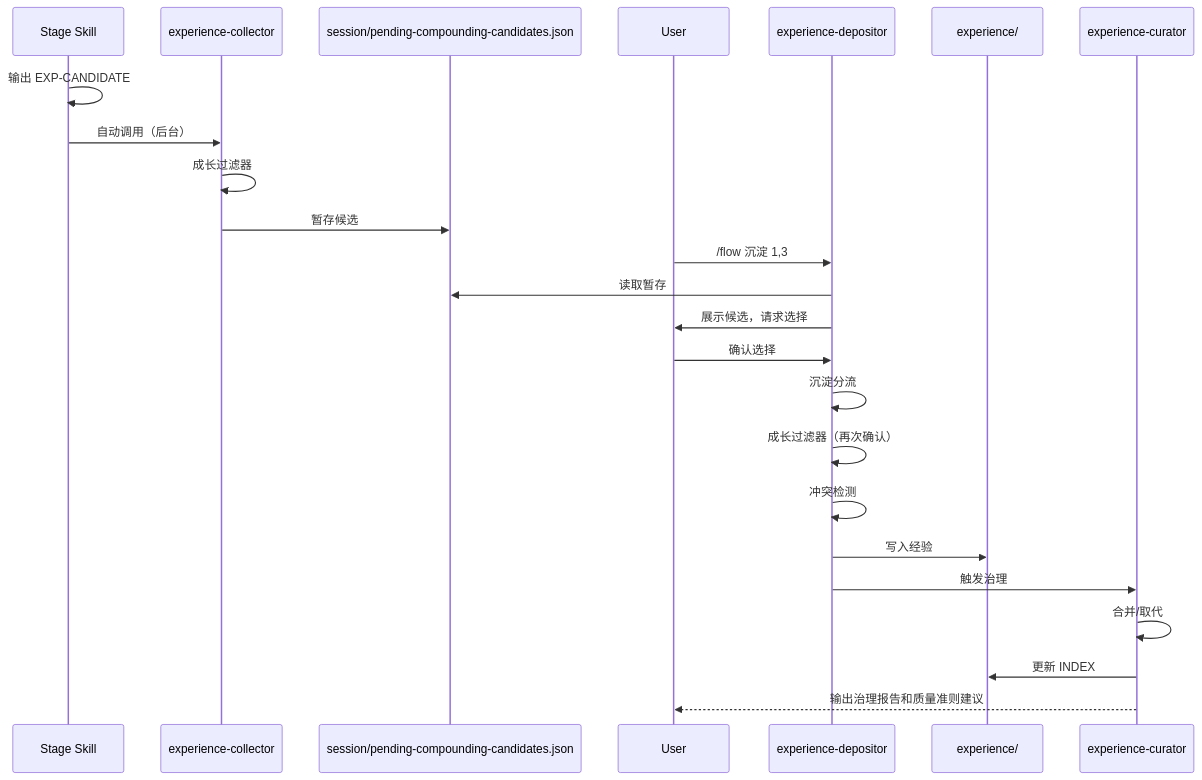
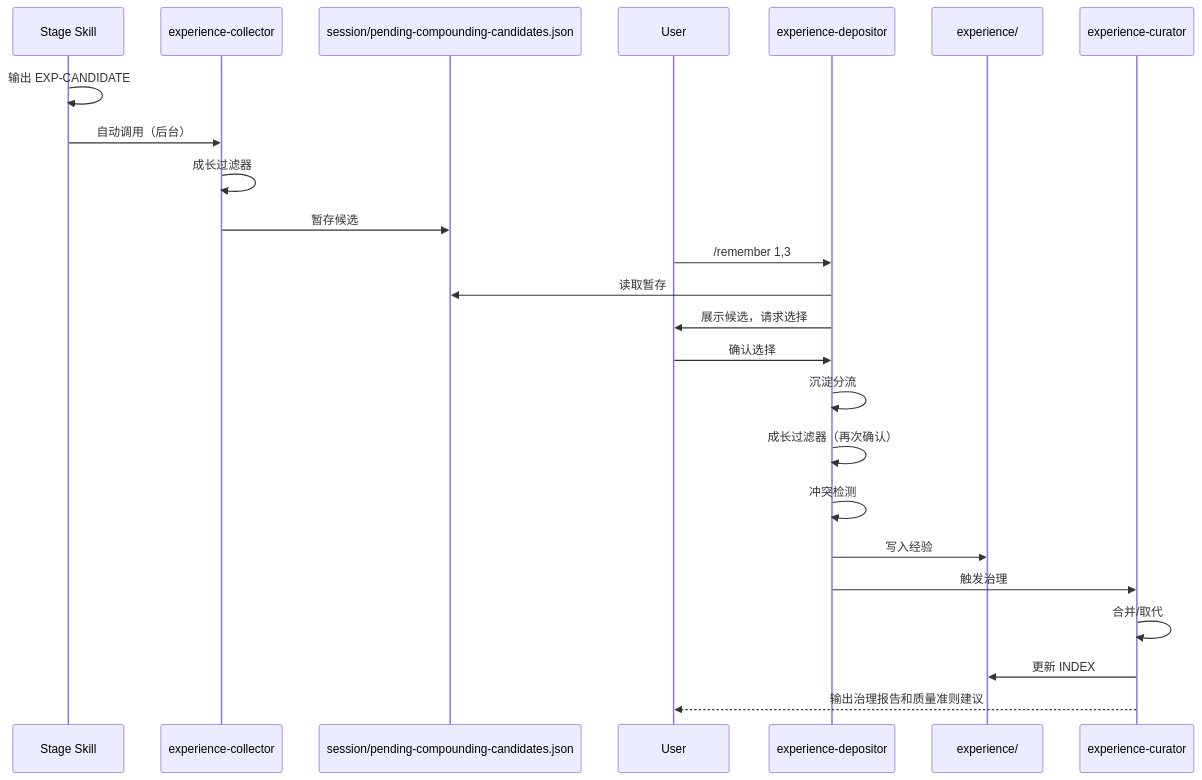
The diagram in .cursor/.lingxi/context/business/references/knowledge-compounding.md (tower1229/LingXi), drawn with Mermaid before and after one commit. The commit also changed other lines of this file and 15 other files, not shown here.

````diff
--- a/.cursor/.lingxi/context/business/references/knowledge-compounding.md
+++ b/.cursor/.lingxi/context/business/references/knowledge-compounding.md
@@ -9,27 +9,27 @@
 ```mermaid
 sequenceDiagram
     participant Skill as Stage Skill
     participant Collector as experience-collector
     participant Session as session/pending-compounding-candidates.json
     participant User
     participant Depositor as experience-depositor
     participant Experience as experience/
     participant Curator as experience-curator
     
     Skill->>Skill: 输出 EXP-CANDIDATE
     Skill->>Collector: 自动调用（后台）
     Collector->>Collector: 成长过滤器
     Collector->>Session: 暂存候选
-    User->>Depositor: /flow 沉淀 1,3
+    User->>Depositor: /remember 1,3
     Depositor->>Session: 读取暂存
     Depositor->>User: 展示候选，请求选择
     User->>Depositor: 确认选择
     Depositor->>Depositor: 沉淀分流
     Depositor->>Depositor: 成长过滤器（再次确认）
     Depositor->>Depositor: 冲突检测
     Depositor->>Experience: 写入经验
     Depositor->>Curator: 触发治理
     Curator->>Curator: 合并/取代
     Curator->>Experience: 更新 INDEX
     Curator-->>User: 输出治理报告和质量准则建议
 ```
````
